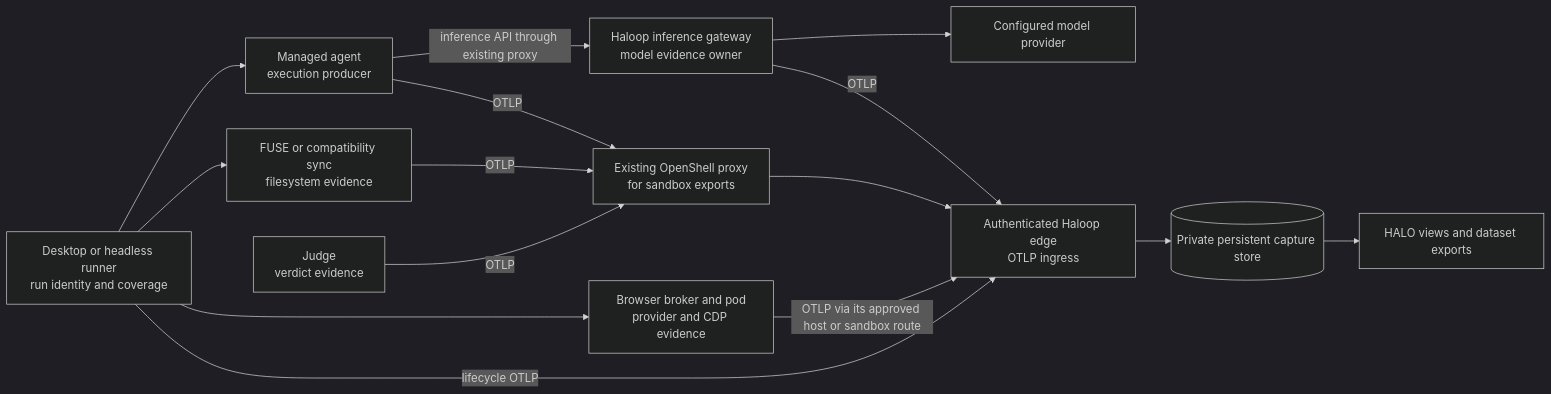
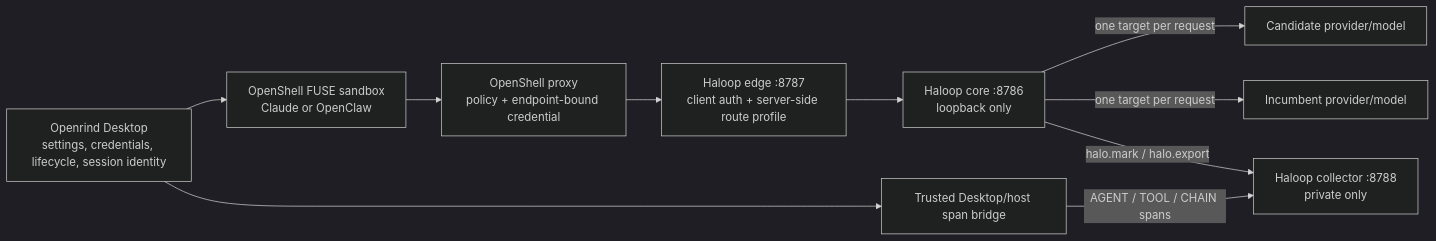
The diagram in w8-haloop-openshell-fuse-integration-plan.md (Pavitra-programmers/openeral), drawn with Mermaid (dark theme) before and after one commit. The commit also changed other lines of this file and 93 other files, not shown here.

````diff
--- a/w8-haloop-openshell-fuse-integration-plan.md
+++ b/w8-haloop-openshell-fuse-integration-plan.md
@@ -298,29 +612,22 @@
 ```mermaid
 flowchart LR
-  coordinator["Desktop or headless runner<br/>run identity and coverage"]
-  agent["Managed agent<br/>execution producer"]
-  gateway["Haloop inference gateway<br/>model evidence owner"]
-  model["Configured model provider"]
-  browser["Browser broker and pod<br/>provider and CDP evidence"]
-  filesystem["FUSE or compatibility sync<br/>filesystem evidence"]
-  judge["Judge<br/>verdict evidence"]
-  proxy["Existing OpenShell proxy<br/>for sandbox exports"]
-  edge["Authenticated Haloop edge<br/>OTLP ingress"]
-  storage[("Private persistent capture store")]
-  views["HALO views and dataset exports"]
+    Desktop["Openrind Desktop<br/>settings, credentials, lifecycle, session identity"]
+    Sandbox["OpenShell FUSE sandbox<br/>Claude or OpenClaw"]
+    Proxy["OpenShell proxy<br/>policy + endpoint-bound credential"]
+    Edge["Haloop edge :8787<br/>client auth + server-side route profile"]
+    Core["Haloop core :8786<br/>loopback only"]
+    Candidate["Candidate provider/model"]
+    Incumbent["Incumbent provider/model"]
+    Collector["Haloop collector :8788<br/>private only"]
+    Bridge["Trusted Desktop/host span bridge"]
 
-  coordinator --> agent
-  coordinator --> browser
-  coordinator --> filesystem
-  agent -->|"inference API through existing proxy"| gateway
-  gateway --> model
-  gateway -->|"OTLP"| edge
-  agent -->|"OTLP"| proxy
-  filesystem -->|"OTLP"| proxy
-  judge -->|"OTLP"| proxy
-  proxy --> edge
-  browser -->|"OTLP via its approved host or sandbox route"| edge
-  coordinator -->|"lifecycle OTLP"| edge
-  edge --> storage
-  storage --> views
+    Desktop --> Sandbox
+    Sandbox --> Proxy
+    Proxy --> Edge
+    Edge --> Core
+    Core -->|"one target per request"| Candidate
+    Core -->|"one target per request"| Incumbent
+    Core -->|"halo.mark / halo.export"| Collector
+    Desktop --> Bridge
+    Bridge -->|"AGENT / TOOL / CHAIN spans"| Collector
 ```
````
